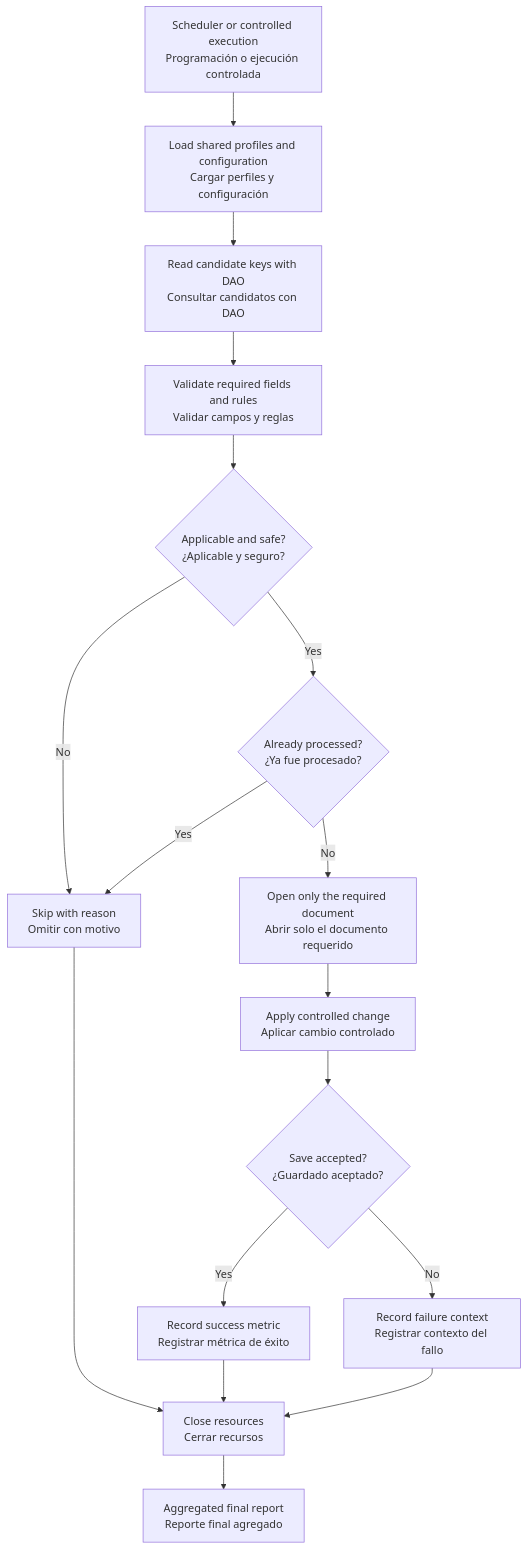
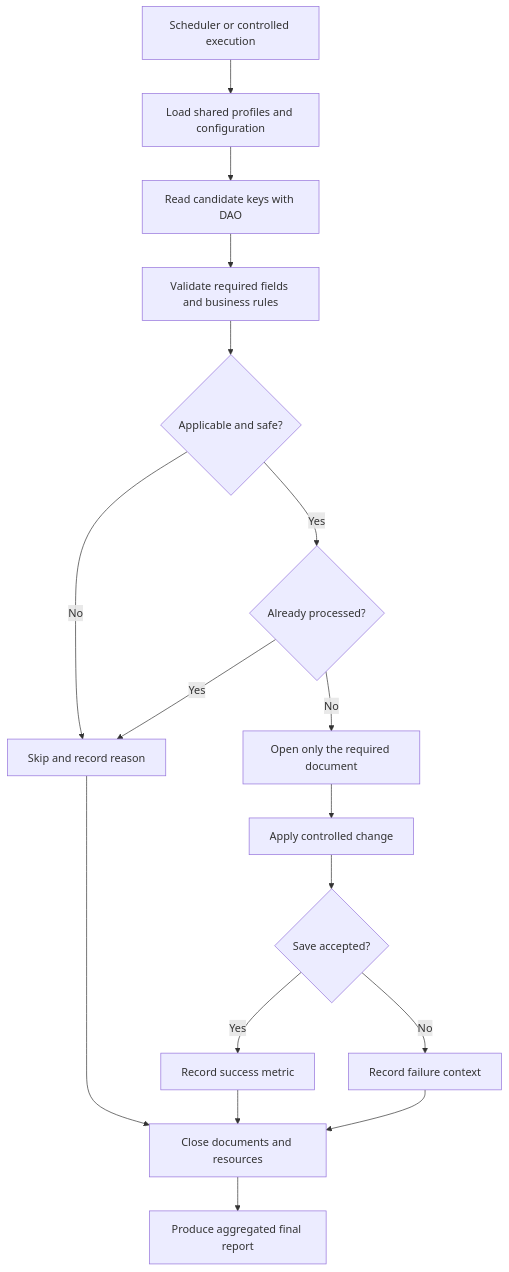
The fifth of 14 diagrams in README.md (yorzethmc/etq-reliance-automation-overview), drawn with Mermaid before and after one commit. The commit also changed other lines of this file, not shown here.

````diff
--- a/README.md
+++ b/README.md
@@ -266,19 +243,19 @@
 ```mermaid
 flowchart TD
-    Trigger["Scheduler or controlled execution<br/>Programación o ejecución controlada"] --> Load["Load shared profiles and configuration<br/>Cargar perfiles y configuración"]
-    Load --> Query["Read candidate keys with DAO<br/>Consultar candidatos con DAO"]
-    Query --> Validate["Validate required fields and rules<br/>Validar campos y reglas"]
-    Validate --> Applicable{"Applicable and safe?<br/>¿Aplicable y seguro?"}
-    Applicable -->|No| Skip["Skip with reason<br/>Omitir con motivo"]
-    Applicable -->|Yes| Duplicate{"Already processed?<br/>¿Ya fue procesado?"}
+    Trigger["Scheduler or controlled execution"] --> Load["Load shared profiles and configuration"]
+    Load --> Query["Read candidate keys with DAO"]
+    Query --> Validate["Validate required fields and business rules"]
+    Validate --> Applicable{"Applicable and safe?"}
+    Applicable -->|No| Skip["Skip and record reason"]
+    Applicable -->|Yes| Duplicate{"Already processed?"}
     Duplicate -->|Yes| Skip
-    Duplicate -->|No| Open["Open only the required document<br/>Abrir solo el documento requerido"]
-    Open --> Change["Apply controlled change<br/>Aplicar cambio controlado"]
-    Change --> Save{"Save accepted?<br/>¿Guardado aceptado?"}
-    Save -->|Yes| Success["Record success metric<br/>Registrar métrica de éxito"]
-    Save -->|No| Failure["Record failure context<br/>Registrar contexto del fallo"]
-    Skip --> Close["Close resources<br/>Cerrar recursos"]
+    Duplicate -->|No| Open["Open only the required document"]
+    Open --> Change["Apply controlled change"]
+    Change --> Save{"Save accepted?"}
+    Save -->|Yes| Success["Record success metric"]
+    Save -->|No| Failure["Record failure context"]
+    Skip --> Close["Close documents and resources"]
     Success --> Close
     Failure --> Close
-    Close --> Summary["Aggregated final report<br/>Reporte final agregado"]
+    Close --> Summary["Produce aggregated final report"]
 ```
````
